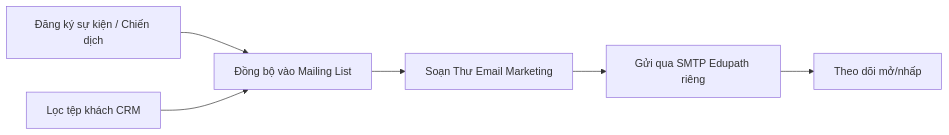
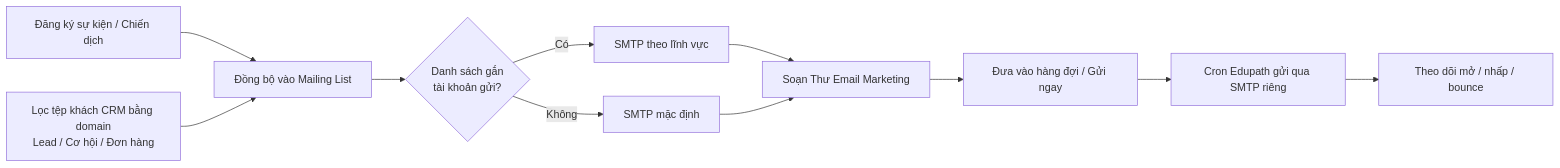
One commit to tranminhtriet1980/documentodoo17 changed the diagram in docs/functional/edupath-email-marketing.md. Above: the diagram before and after it, drawn with Mermaid. The commit also changed other lines of this file and 164 other files, not shown here.

````diff
--- a/docs/functional/edupath-email-marketing.md
+++ b/docs/functional/edupath-email-marketing.md
@@ -62,8 +202,13 @@
 ```mermaid
 flowchart LR
     A[Đăng ký sự kiện / Chiến dịch] --> B[Đồng bộ vào Mailing List]
-    C[Lọc tệp khách CRM] --> B
-    B --> D[Soạn Thư Email Marketing]
-    D --> E[Gửi qua SMTP Edupath riêng]
-    E --> F[Theo dõi mở/nhấp]
+    C[Lọc tệp khách CRM bằng domain<br/>Lead / Cơ hội / Đơn hàng] --> B
+    B --> G{Danh sách gắn<br/>tài khoản gửi?}
+    G -- Có --> H[SMTP theo lĩnh vực]
+    G -- Không --> I[SMTP mặc định]
+    H --> D[Soạn Thư Email Marketing]
+    I --> D
+    D --> E[Đưa vào hàng đợi / Gửi ngay]
+    E --> F[Cron Edupath gửi qua SMTP riêng]
+    F --> K[Theo dõi mở / nhấp / bounce]
 ```
````
